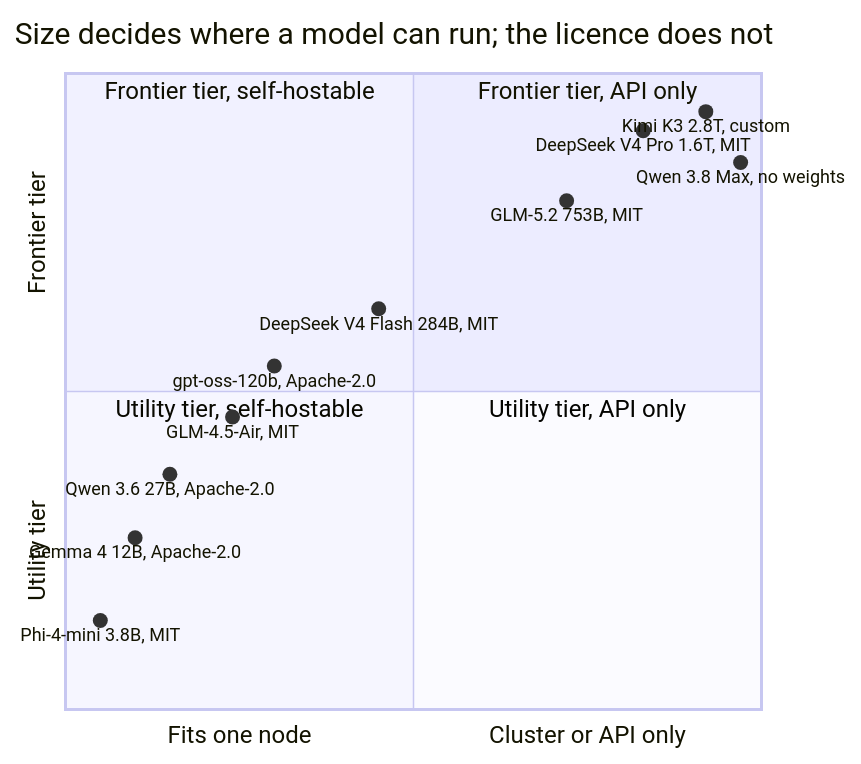
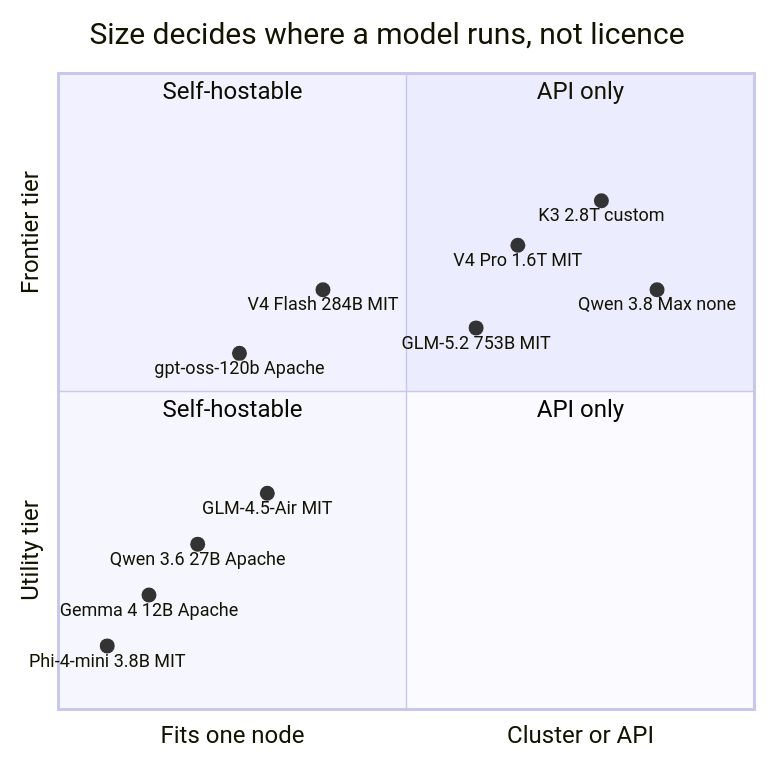
One commit to mlvpatel/open-weight-agent-stack changed the diagram in diagrams/src/task-to-model-quadrant.mmd. Above: the diagram before and after it, drawn with Mermaid. The commit also changed 5 other files, not shown here.

First line of the commit message:
fix(site): restore the orphaned rhythm work, repair the viewer, unstack fig 19

```diff
--- a/diagrams/src/task-to-model-quadrant.mmd
+++ b/diagrams/src/task-to-model-quadrant.mmd
@@ -1,18 +1,18 @@
 quadrantChart
-    title Size decides where a model can run; the licence does not
-    x-axis "Fits one node" --> "Cluster or API only"
+    title Size decides where a model runs, not licence
+    x-axis "Fits one node" --> "Cluster or API"
     y-axis "Utility tier" --> "Frontier tier"
-    quadrant-1 "Frontier tier, API only"
-    quadrant-2 "Frontier tier, self-hostable"
-    quadrant-3 "Utility tier, self-hostable"
-    quadrant-4 "Utility tier, API only"
-    "Kimi K3 2.8T, custom": [0.92, 0.94]
-    "Qwen 3.8 Max, no weights": [0.97, 0.86]
-    "DeepSeek V4 Pro 1.6T, MIT": [0.83, 0.91]
-    "GLM-5.2 753B, MIT": [0.72, 0.80]
-    "DeepSeek V4 Flash 284B, MIT": [0.45, 0.63]
-    "gpt-oss-120b, Apache-2.0": [0.30, 0.54]
-    "GLM-4.5-Air, MIT": [0.24, 0.46]
-    "Qwen 3.6 27B, Apache-2.0": [0.15, 0.37]
-    "Gemma 4 12B, Apache-2.0": [0.10, 0.27]
-    "Phi-4-mini 3.8B, MIT": [0.05, 0.14]
+    quadrant-1 "API only"
+    quadrant-2 "Self-hostable"
+    quadrant-3 "Self-hostable"
+    quadrant-4 "API only"
+    "K3 2.8T custom": [0.78, 0.80]
+    "Qwen 3.8 Max none": [0.86, 0.66]
+    "V4 Pro 1.6T MIT": [0.66, 0.73]
+    "GLM-5.2 753B MIT": [0.60, 0.60]
+    "V4 Flash 284B MIT": [0.38, 0.66]
+    "gpt-oss-120b Apache": [0.26, 0.56]
+    "GLM-4.5-Air MIT": [0.30, 0.34]
+    "Qwen 3.6 27B Apache": [0.20, 0.26]
+    "Gemma 4 12B Apache": [0.13, 0.18]
+    "Phi-4-mini 3.8B MIT": [0.07, 0.10]
```
